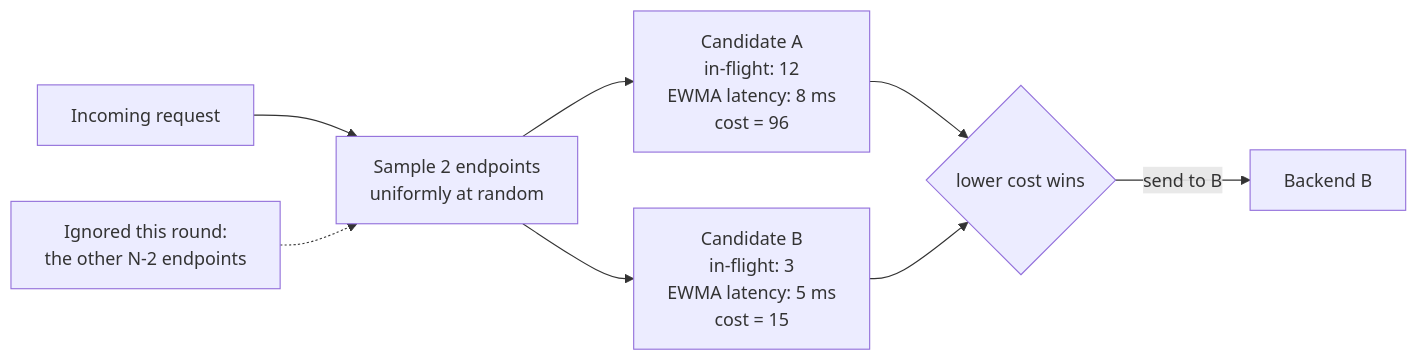
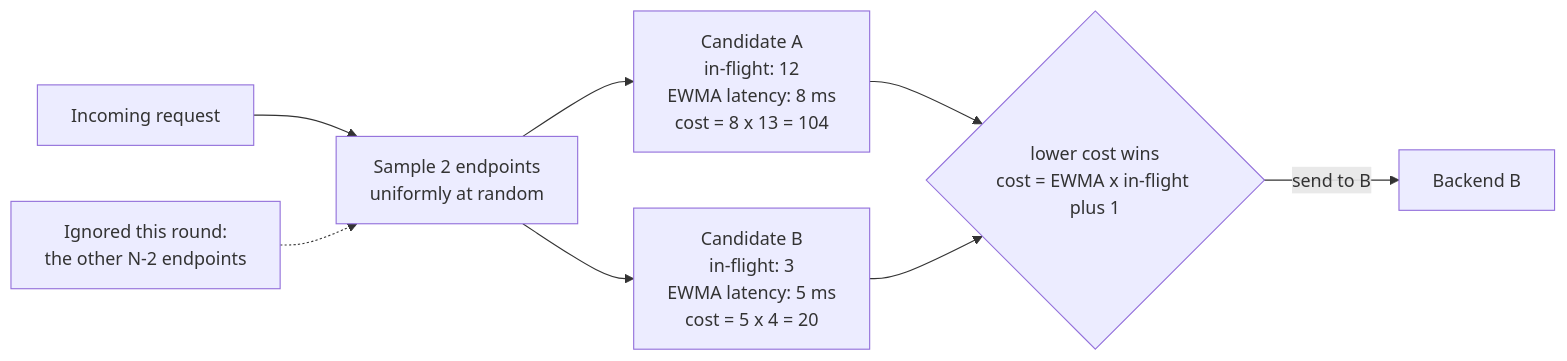
One commit to bumbsclaw/textbooks changed the third of 5 diagrams in vol-03-networking/ch09-load-balancing.md. Above: the diagram before and after it, drawn with Mermaid. The commit also changed other lines of this file and 4 other files, not shown here.

````diff
--- a/vol-03-networking/ch09-load-balancing.md
+++ b/vol-03-networking/ch09-load-balancing.md
@@ -398,10 +386,10 @@
 ```mermaid
 flowchart LR
   R["Incoming request"] --> S["Sample 2 endpoints<br/>uniformly at random"]
-  S --> A["Candidate A<br/>in-flight: 12<br/>EWMA latency: 8 ms<br/>cost = 96"]
-  S --> B["Candidate B<br/>in-flight: 3<br/>EWMA latency: 5 ms<br/>cost = 15"]
-  A --> C{"lower cost wins"}
+  S --> A["Candidate A<br/>in-flight: 12<br/>EWMA latency: 8 ms<br/>cost = 8 x 13 = 104"]
+  S --> B["Candidate B<br/>in-flight: 3<br/>EWMA latency: 5 ms<br/>cost = 5 x 4 = 20"]
+  A --> C{"lower cost wins<br/>cost = EWMA x in-flight plus 1"}
   B --> C
   C -->|"send to B"| D["Backend B"]
   N["Ignored this round:<br/>the other N-2 endpoints"] -.-> S
 ```
````
